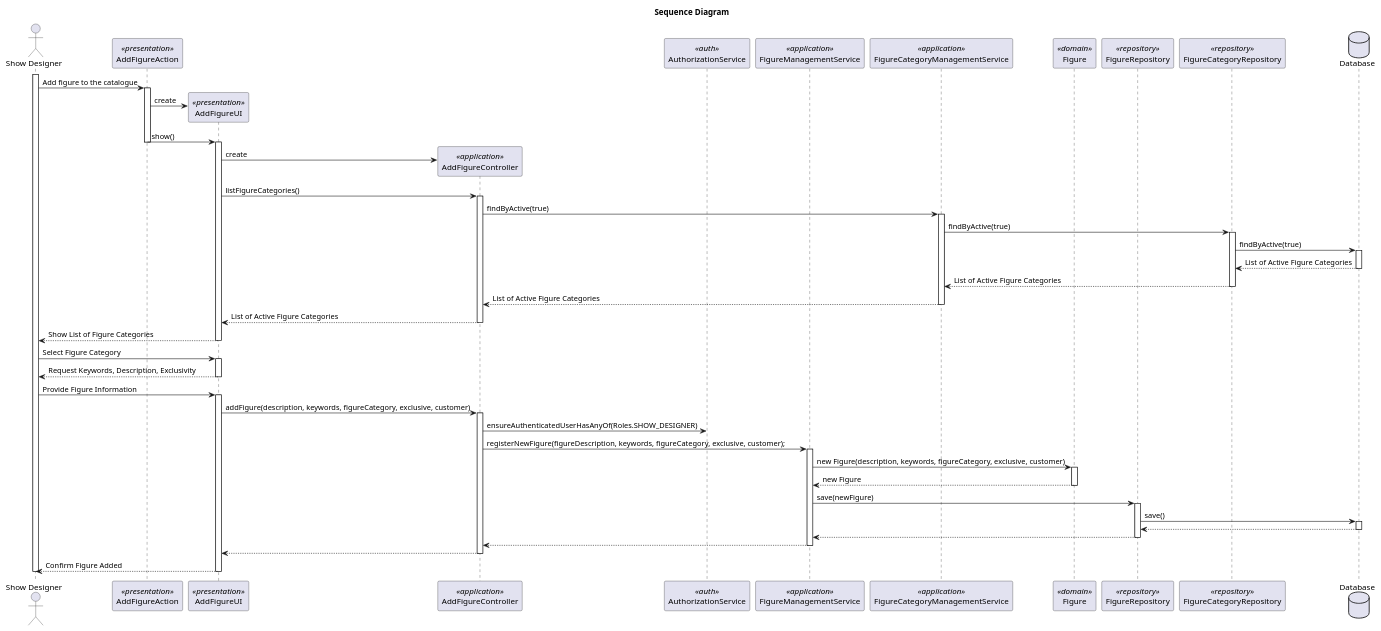
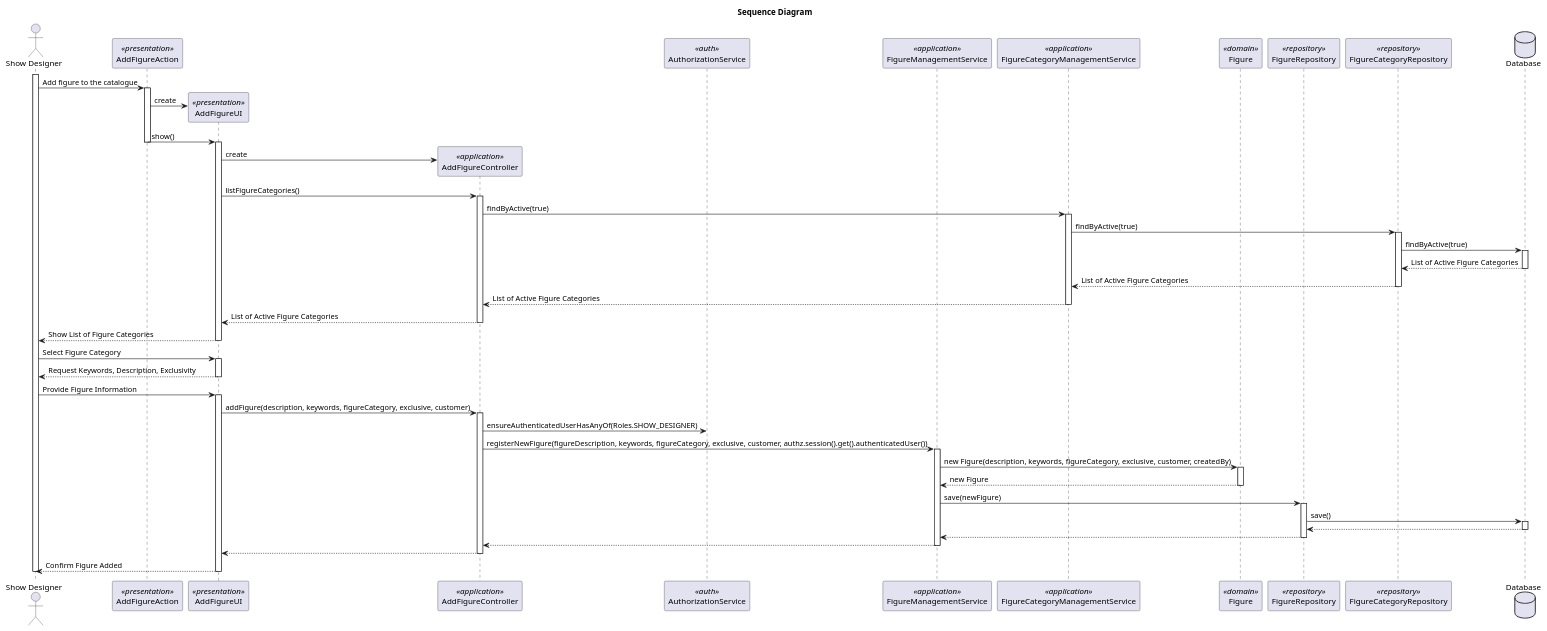
One commit to rubenFreitas1/ISEP-LAPR4-2024-2025 changed the diagram in docs/Sprint2/us_233/diagrams/sequence-diagram-US233.puml. Above: the diagram before and after it, drawn with PlantUML. The commit also changed 12 other files, not shown here.

Commit message:
little update on Figure Class

```diff
--- a/docs/Sprint2/us_233/diagrams/sequence-diagram-US233.puml
+++ b/docs/Sprint2/us_233/diagrams/sequence-diagram-US233.puml
@@ -1,106 +1,106 @@
 @startuml
 title Sequence Diagram
 
 actor "Show Designer" as Actor
 participant "AddFigureAction" as Action <<presentation>>
 participant "AddFigureUI" as UI <<presentation>>
 participant "AddFigureController" as Controller <<application>>
 participant "AuthorizationService" as AuthorizationService <<auth>>
 participant "FigureManagementService" as FigureManagementService <<application>>
 participant "FigureCategoryManagementService" as FigureCategoryManagementService <<application>>
 participant "Figure" as Figure <<domain>>
 participant "FigureRepository" as FigureRepository <<repository>>
 participant "FigureCategoryRepository" as FigureCategoryRepository <<repository>>
 database "Database" as Database
 
 activate Actor
 
 Actor -> Action: Add figure to the catalogue
     activate Action
 
         Action -> UI**: create
         Action -> UI: show()
 
     deactivate Action
 
     activate UI
 
 UI -> Controller** : create
 
 UI -> Controller: listFigureCategories()
     activate Controller
 
         Controller -> FigureCategoryManagementService: findByActive(true)
             activate FigureCategoryManagementService
 
                 FigureCategoryManagementService -> FigureCategoryRepository: findByActive(true)
                     activate FigureCategoryRepository
 
                         FigureCategoryRepository -> Database: findByActive(true)
                             activate Database
 
                                 Database --> FigureCategoryRepository: List of Active Figure Categories
                             deactivate Database
 
                         FigureCategoryRepository --> FigureCategoryManagementService: List of Active Figure Categories
                     deactivate FigureCategoryRepository
 
                 FigureCategoryManagementService --> Controller: List of Active Figure Categories
             deactivate FigureCategoryManagementService
         Controller --> UI: List of Active Figure Categories
     deactivate Controller
 
 
 UI --> Actor: Show List of Figure Categories
 deactivate UI
 Actor -> UI: Select Figure Category
 activate UI
 
 UI --> Actor: Request Keywords, Description, Exclusivity
 deactivate UI
 
 Actor -> UI: Provide Figure Information
 
     activate UI
 
         UI -> Controller : addFigure(description, keywords, figureCategory, exclusive, customer)
             activate Controller
 
                 Controller -> AuthorizationService : ensureAuthenticatedUserHasAnyOf(Roles.SHOW_DESIGNER)
 
                 deactivate AuthorizationService
 
-                Controller -> FigureManagementService : registerNewFigure(figureDescription, keywords, figureCategory, exclusive, customer);
+                Controller -> FigureManagementService : registerNewFigure(figureDescription, keywords, figureCategory, exclusive, customer, authz.session().get().authenticatedUser())
                 activate FigureManagementService
 
-                    FigureManagementService -> Figure: new Figure(description, keywords, figureCategory, exclusive, customer)
+                    FigureManagementService -> Figure: new Figure(description, keywords, figureCategory, exclusive, customer, createdBy)
                         activate Figure
 
                             Figure --> FigureManagementService: new Figure
                         deactivate Figure
 
 
 
                     FigureManagementService -> FigureRepository : save(newFigure)
 
                     activate FigureRepository
 
                              FigureRepository -> Database : save()
                              activate Database
 
                                 Database --> FigureRepository
                              deactivate Database
 
                              FigureRepository --> FigureManagementService
                     deactivate FigureRepository
 
                     FigureManagementService --> Controller
                 deactivate FigureManagementService
 
                 Controller --> UI
             deactivate Controller
         UI --> Actor : Confirm Figure Added
         deactivate UI
 deactivate Actor
 
 @enduml
```
